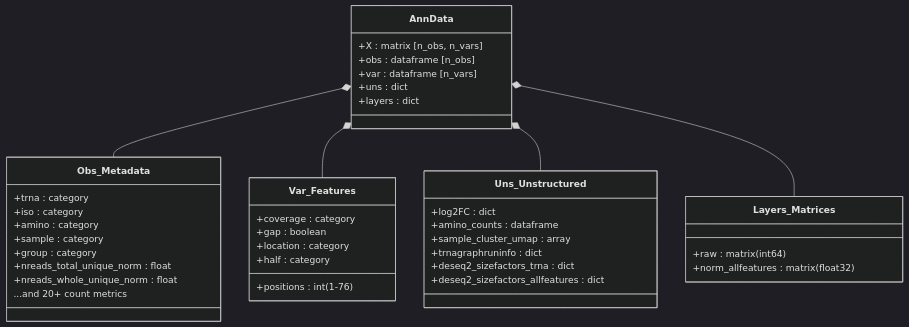
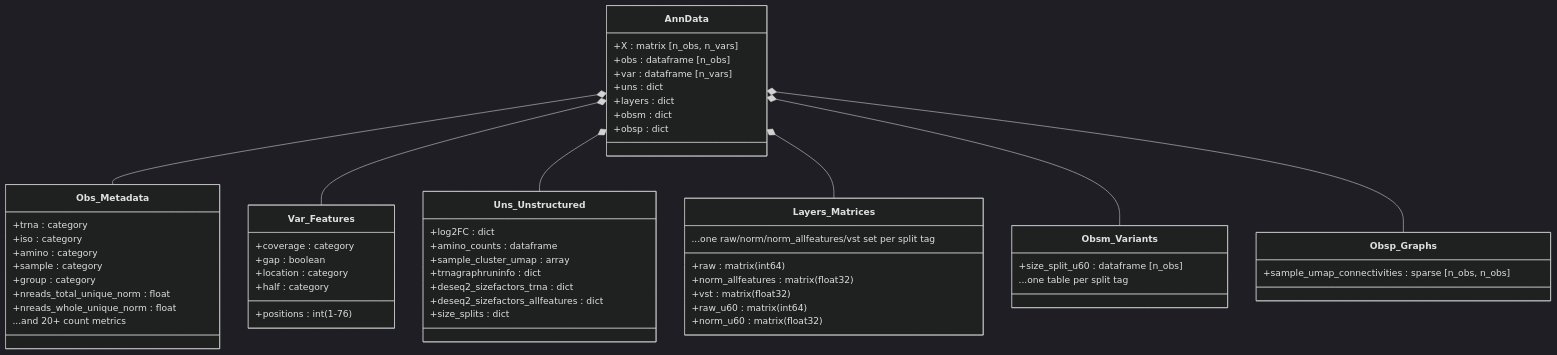
The diagram in docs/data_structure.md (alba1735/tRNAgraph), drawn with Mermaid (dark theme) before and after one commit. The commit also changed other lines of this file and 14 other files, not shown here.

First line of the commit message:
feat(build): refactor AnnData handling for read-length split variants

````diff
--- a/docs/data_structure.md
+++ b/docs/data_structure.md
@@ -12,48 +12,66 @@
 ```mermaid
 classDiagram
     class AnnData {
         +X : matrix [n_obs, n_vars]
         +obs : dataframe [n_obs]
         +var : dataframe [n_vars]
         +uns : dict
         +layers : dict
+        +obsm : dict
+        +obsp : dict
     }
 
     class Obs_Metadata {
         +trna : category
         +iso : category
         +amino : category
         +sample : category
         +group : category
         +nreads_total_unique_norm : float
         +nreads_whole_unique_norm : float
         ...and 20+ count metrics
     }
 
     class Var_Features {
         +positions : int (1-76)
         +coverage : category
         +gap : boolean
         +location : category
         +half : category
     }
 
     class Uns_Unstructured {
         +log2FC : dict<group, df>
         +amino_counts : dataframe
         +sample_cluster_umap : array
         +trnagraphruninfo : dict
         +deseq2_sizefactors_trna : dict
         +deseq2_sizefactors_allfeatures : dict
+        +size_splits : dict<tag, dict>
     }
 
     class Layers_Matrices {
         +raw : matrix (int64)
         +norm_allfeatures : matrix (float32)
+        +vst : matrix (float32)
+        +raw_u60 : matrix (int64)
+        +norm_u60 : matrix (float32)
+        ...one raw/norm/norm_allfeatures/vst set per split tag
+    }
+
+    class Obsm_Variants {
+        +size_split_u60 : dataframe [n_obs]
+        ...one table per split tag
+    }
+
+    class Obsp_Graphs {
+        +sample_umap_connectivities : sparse [n_obs, n_obs]
     }
 
     AnnData *-- Obs_Metadata
     AnnData *-- Var_Features
     AnnData *-- Uns_Unstructured
     AnnData *-- Layers_Matrices
+    AnnData *-- Obsm_Variants
+    AnnData *-- Obsp_Graphs
 ```
````
